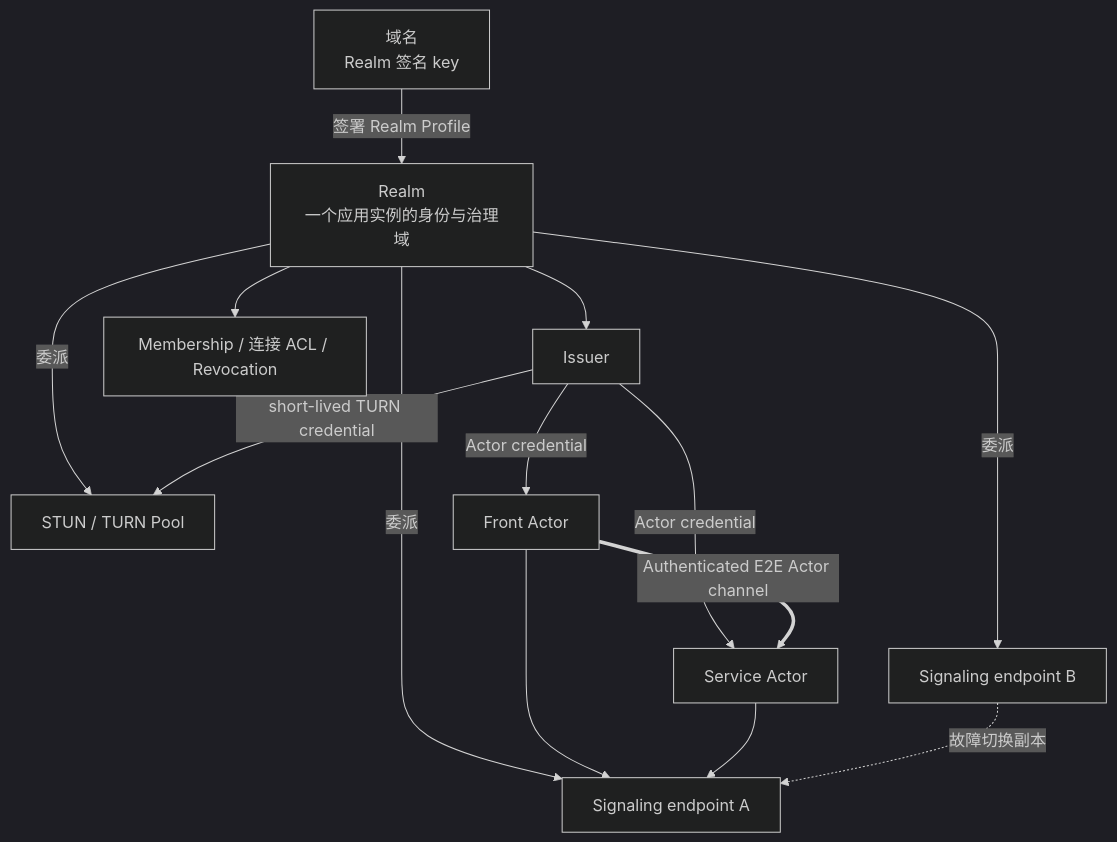
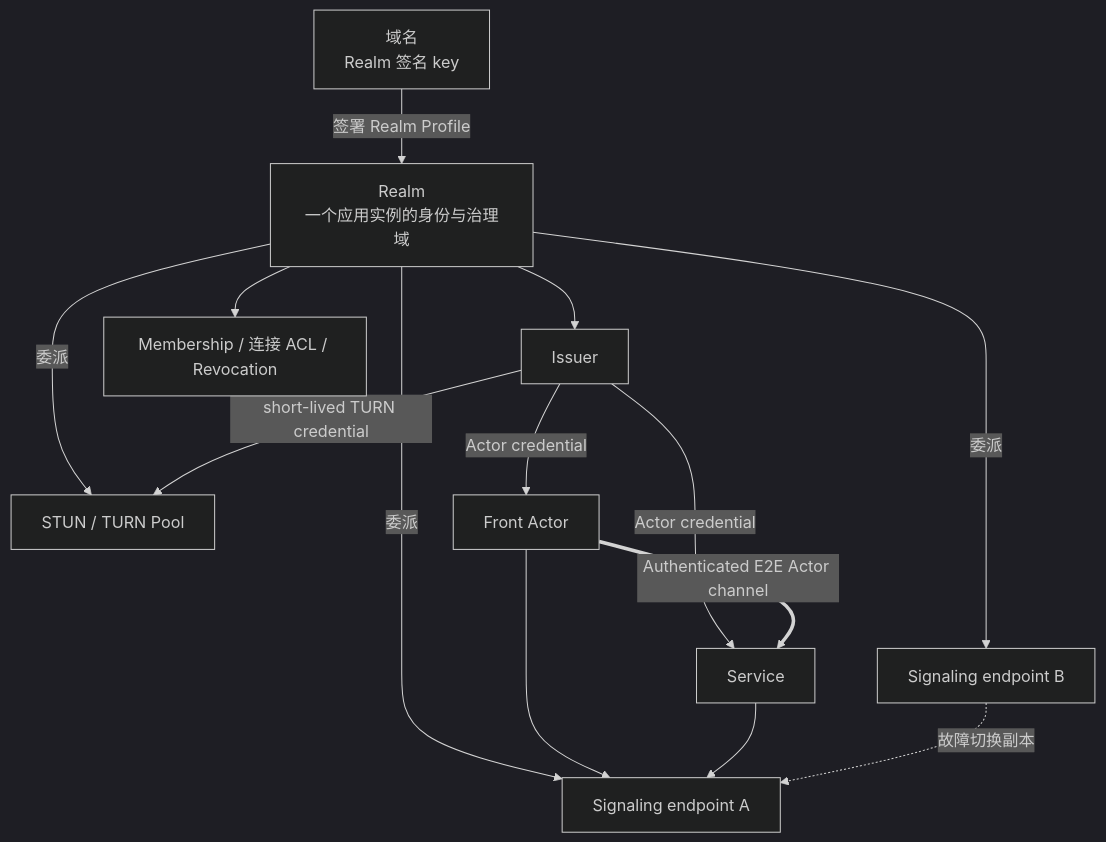
One commit to Actrium/actrium changed the diagram in docs/product/actrium-v1/07-realm-network-and-identity.zh.md. Above: the diagram before and after it, drawn with Mermaid (dark theme). The commit also changed other lines of this file and 39 other files, not shown here.

````diff
--- a/docs/product/actrium-v1/07-realm-network-and-identity.zh.md
+++ b/docs/product/actrium-v1/07-realm-network-and-identity.zh.md
@@ -5,26 +5,26 @@
 ```mermaid
 flowchart TB
     NS["域名<br/>Realm 签名 key"]
     R["Realm<br/>一个应用实例的身份与治理域"]
     ISS["Issuer"]
     SG1["Signaling endpoint A"]
     SG2["Signaling endpoint B"]
     ICE["STUN / TURN Pool"]
     ACL["Membership / 连接 ACL / Revocation"]
     F["Front Actor"]
-    S["Service Actor"]
+    S["Service"]
 
     NS -->|签署 Realm Profile| R
     R --> ISS
     R --> ACL
     R -->|委派| SG1
     R -->|委派| SG2
     R -->|委派| ICE
     ISS -->|Actor credential| F
     ISS -->|Actor credential| S
     ISS -->|short-lived TURN credential| ICE
     F --> SG1
     S --> SG1
     SG2 -.故障切换副本.-> SG1
     F == "Authenticated E2E Actor channel" ==> S
 ```
````
